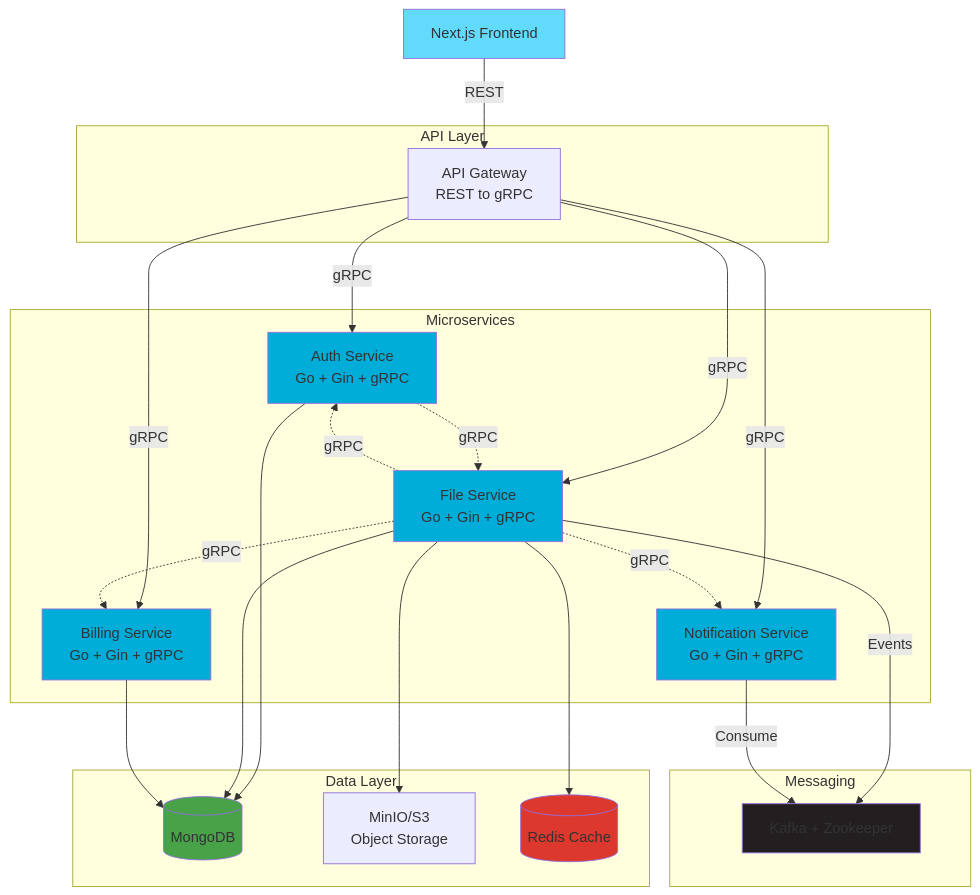
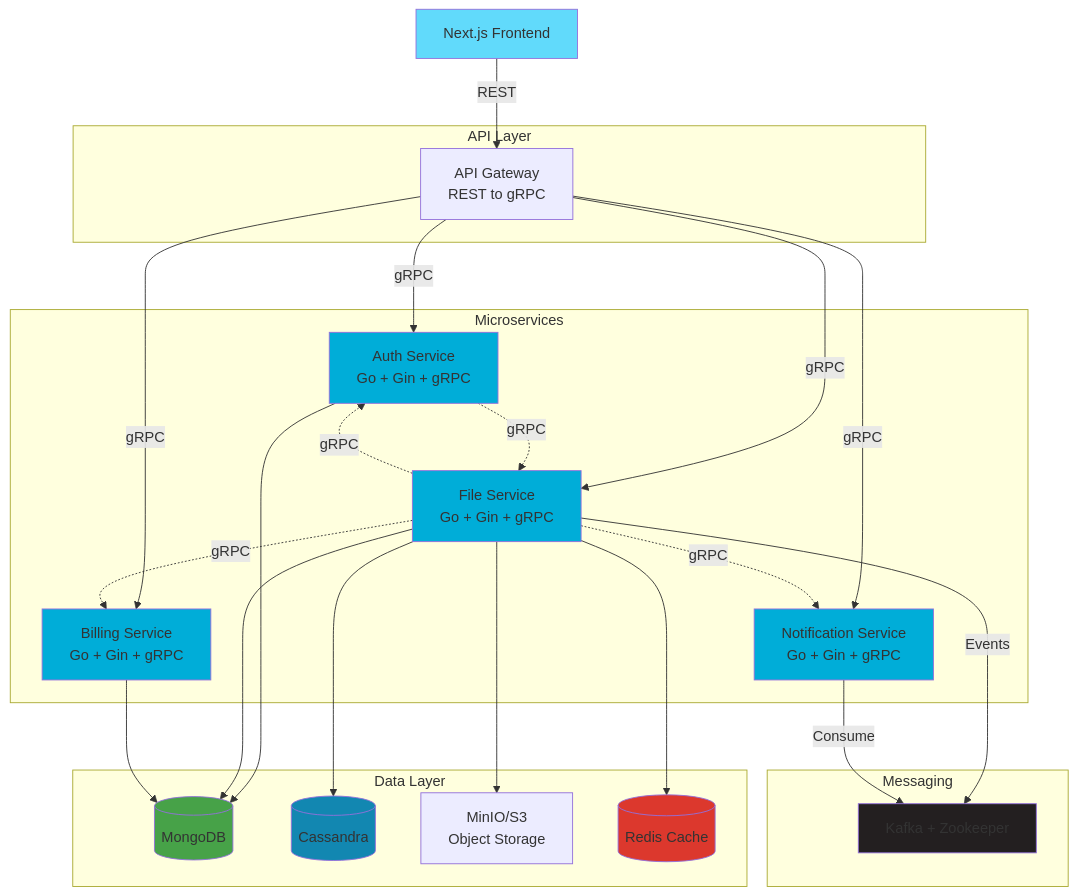
The diagram in README.md (aayushrajputz/Distributed-File-Sharing-system), drawn with Mermaid before and after one commit. The commit also changed other lines of this file and 108 other files, not shown here.

First line of the commit message:
feat: Complete distributed file-sharing platform with microservices architecture

````diff
--- a/README.md
+++ b/README.md
@@ -34,54 +34,57 @@
 ```mermaid
 graph TB
     Client[Next.js Frontend]
     
     subgraph "API Layer"
         Gateway[API Gateway<br/>REST to gRPC]
     end
     
     subgraph "Microservices"
         Auth[Auth Service<br/>Go + Gin + gRPC]
         File[File Service<br/>Go + Gin + gRPC]
         Notif[Notification Service<br/>Go + Gin + gRPC]
         Billing[Billing Service<br/>Go + Gin + gRPC]
     end
     
     subgraph "Data Layer"
         Mongo[(MongoDB)]
+        Cassandra[(Cassandra)]
         Storage[MinIO/S3<br/>Object Storage]
         Redis[(Redis Cache)]
     end
     
     subgraph "Messaging"
         Kafka[Kafka + Zookeeper]
     end
     
     Client -->|REST| Gateway
     Gateway -->|gRPC| Auth
     Gateway -->|gRPC| File
     Gateway -->|gRPC| Notif
     Gateway -->|gRPC| Billing
     
     Auth -.->|gRPC| File
     File -.->|gRPC| Auth
     File -.->|gRPC| Notif
     File -.->|gRPC| Billing
     
     Auth --> Mongo
     File --> Mongo
+    File --> Cassandra
     File --> Storage
     File --> Redis
     Billing --> Mongo
     
     File -->|Events| Kafka
     Notif -->|Consume| Kafka
     
     style Client fill:#61dafb
     style Auth fill:#00add8
     style File fill:#00add8
     style Notif fill:#00add8
     style Billing fill:#00add8
     style Mongo fill:#47a248
+    style Cassandra fill:#1287b1
     style Redis fill:#dc382d
     style Kafka fill:#231f20
 ```
````
